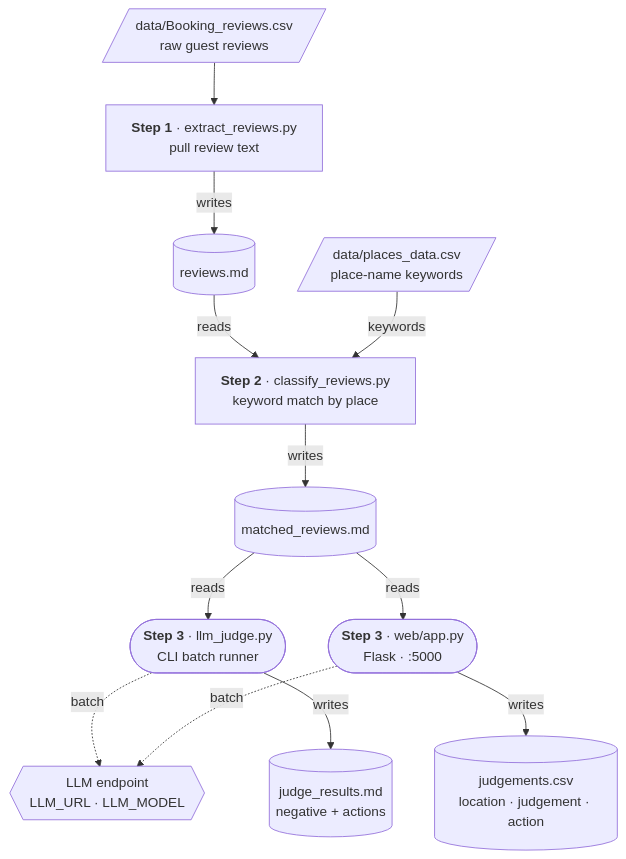
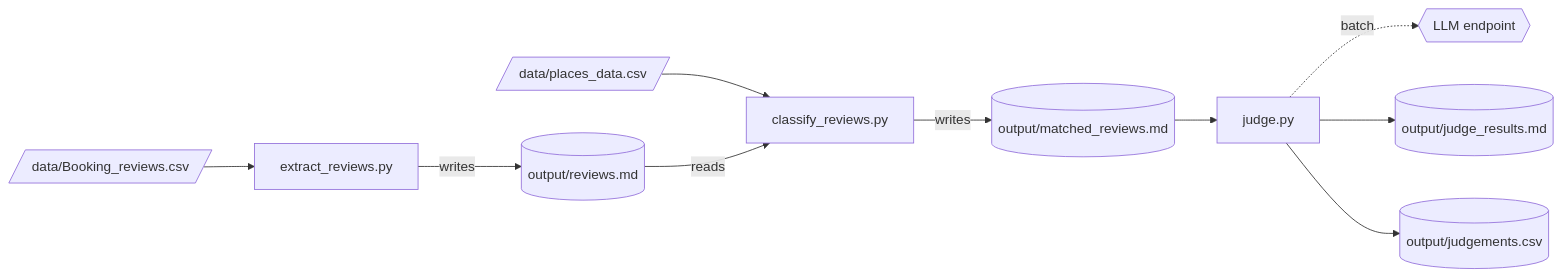
The first of 2 diagrams in README.md (Debayan-RoyLLM/jojani_ai), drawn with Mermaid before and after one commit. The commit also changed other lines of this file and 8 other files, not shown here.

````diff
--- a/README.md
+++ b/README.md
@@ -7,44 +28,13 @@
 ```mermaid
-flowchart TD
-    %% ── Data inputs (parallelogram) ──
-    CSV1[/"data/Booking_reviews.csv<br/>raw guest reviews"/]
-    CSV2[/"data/places_data.csv<br/>place-name keywords"/]
-
-    %% ── Processing steps (rectangle) ──
-    S1["<b>Step 1</b> · extract_reviews.py<br/>pull review text"]
-    S2["<b>Step 2</b> · classify_reviews.py<br/>keyword match by place"]
-
-    %% ── File artifacts (cylinder) ──
-    MD1[("reviews.md")]
-    MD2[("matched_reviews.md")]
-
-    %% ── Step 3 — two entry points (rounded rectangle) ──
-    CLI(["<b>Step 3</b> · llm_judge.py<br/>CLI batch runner"])
-    WEB(["<b>Step 3</b> · web/app.py<br/>Flask · :5000"])
-
-    %% ── External LLM endpoint (hexagon) ──
-    LLEND{{"LLM endpoint<br/>LLM_URL · LLM_MODEL"}}
-
-    %% ── Result artifacts (cylinder) ──
-    RES1[("judge_results.md<br/>negative + actions")]
-    RES2[("judgements.csv<br/>location · judgement · action")]
-
-    %% ── Main pipeline flow ──
-    CSV1 --> S1
-    S1 -->|writes| MD1
+flowchart LR
+    CSV[/"data/Booking_reviews.csv"/] --> S1["extract_reviews.py"]
+    S1 -->|writes| MD1[("output/reviews.md")]
+    CSV2[/"data/places_data.csv"/] --> S2["classify_reviews.py"]
     MD1 -->|reads| S2
-    CSV2 -->|keywords| S2
-    S2 -->|writes| MD2
-
-    %% ── Step 3: both entry points read matched reviews ──
-    MD2 -->|reads| CLI
-    MD2 -->|reads| WEB
-
-    %% ── LLM call (dashed) ──
-    CLI -.->|batch| LLEND
-    WEB -.->|batch| LLEND
-
-    %% ── Result artifacts ──
-    CLI -->|writes| RES1
-    WEB -->|writes| RES2
+    S2 -->|writes| MD2[("output/matched_reviews.md")]
+    MD2 --> JUDGE["judge.py"]
+    LLM{{"LLM endpoint"}}
+    JUDGE -.->|batch| LLM
+    JUDGE --> R1[("output/judge_results.md")]
+    JUDGE --> R2[("output/judgements.csv")]
 ```
````
